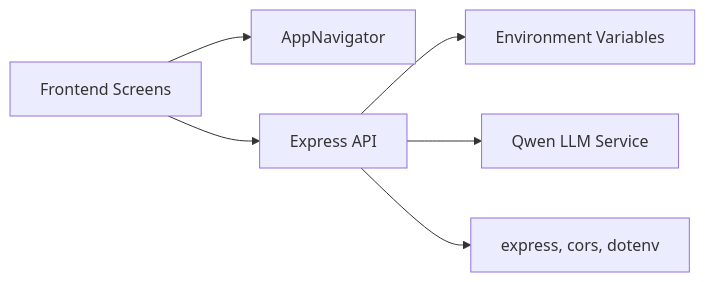
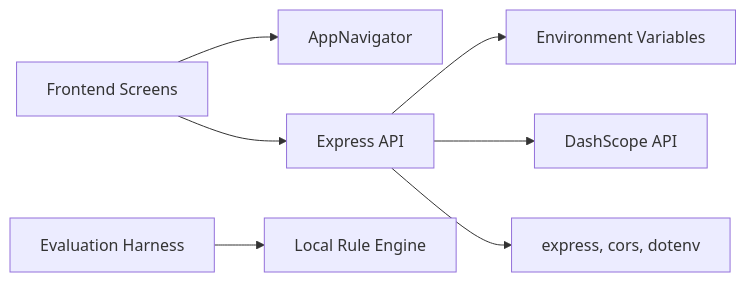
Before and after one commit to cyberNoman/Safe-Pakistan: the sixth of 6 diagrams in .qoder/repowiki/en/content/Core Features/AI Analysis Engine.md, drawn with Mermaid. The commit also changed other lines of this file and 52 other files, not shown here.

````diff
--- a/.qoder/repowiki/en/content/Core Features/AI Analysis Engine.md
+++ b/.qoder/repowiki/en/content/Core Features/AI Analysis Engine.md
@@ -252,8 +342,9 @@
 ```mermaid
 graph LR
 FE["Frontend Screens"] --> NAV["AppNavigator"]
 FE --> API["Express API"]
 API --> ENV["Environment Variables"]
-API --> EXT["Qwen LLM Service"]
+API --> EXT["DashScope API"]
 API --> DEP["express, cors, dotenv"]
+EVAL["Evaluation Harness"] --> RULES["Local Rule Engine"]
 ```
````
